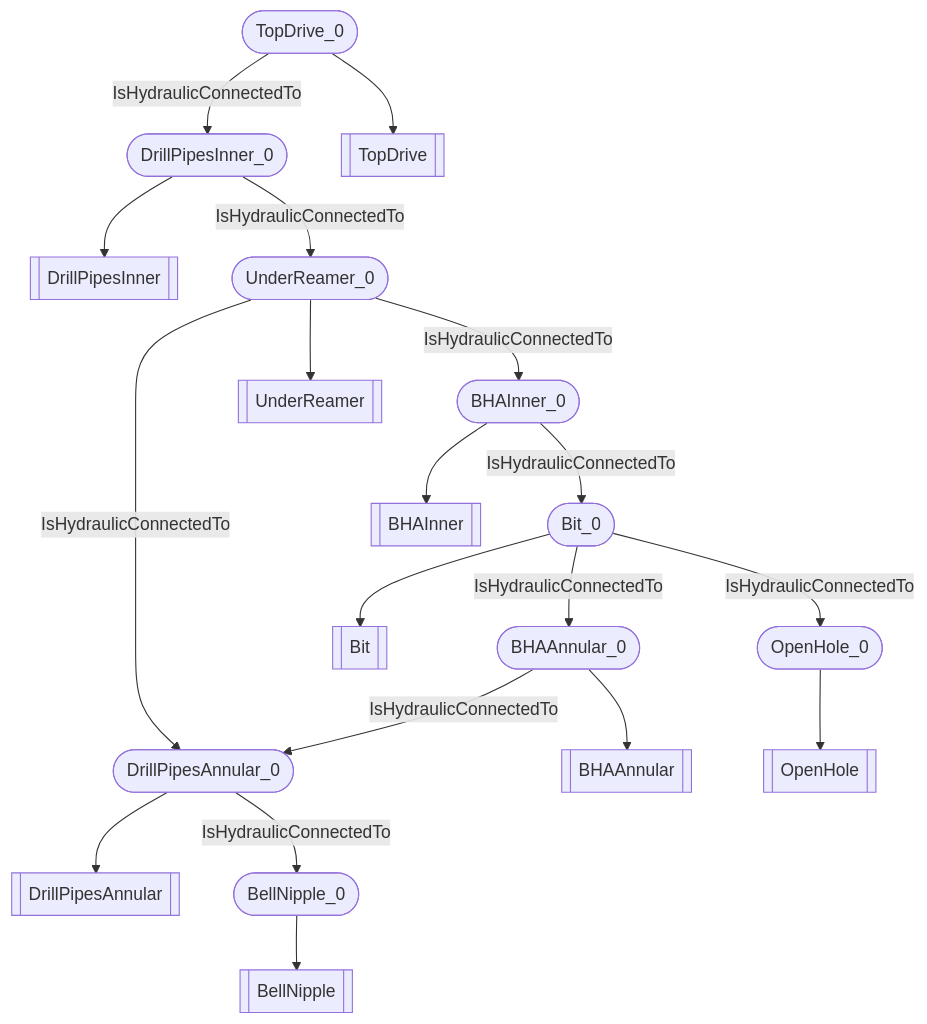
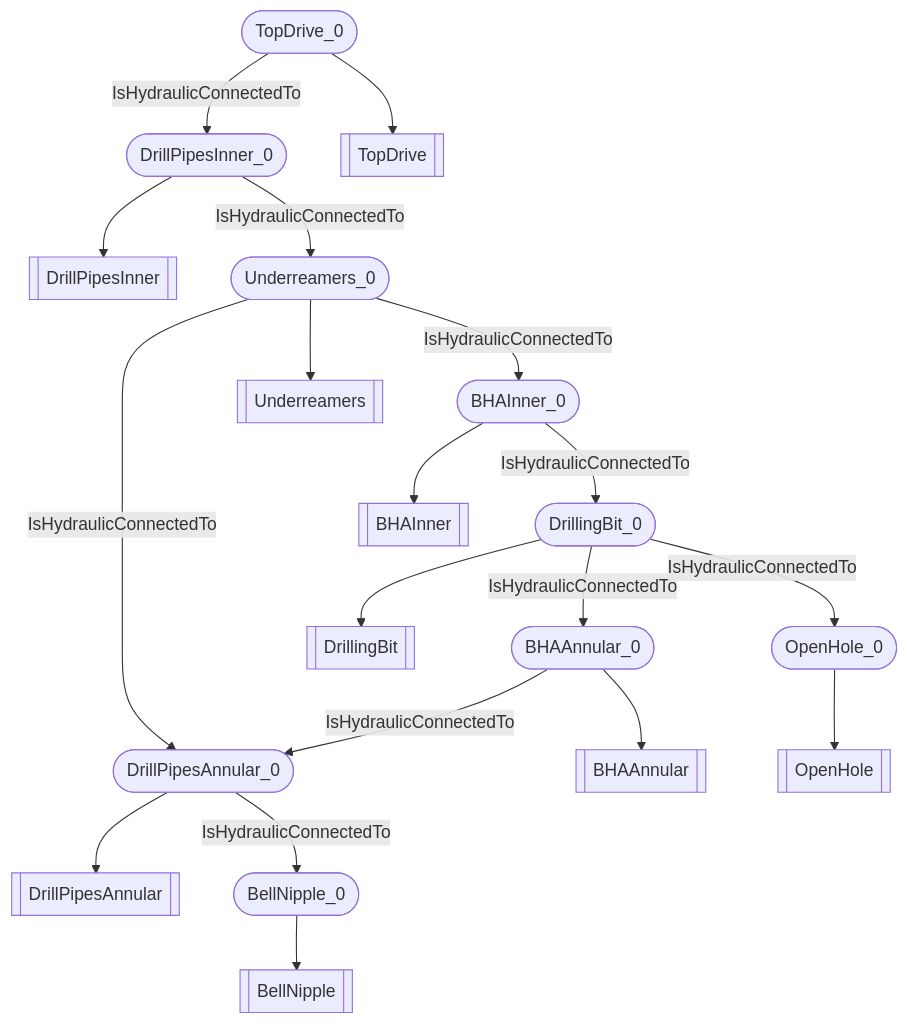
One commit to D-WIS/DDHub-Semantic-Interoperability changed the diagram in docs/vocabulary_development/examples/Sub surface hydraulic.md. Above: the diagram before and after it, drawn with Mermaid. The commit also changed other lines of this file and 28 other files, not shown here.

````diff
--- a/docs/vocabulary_development/examples/Sub surface hydraulic.md
+++ b/docs/vocabulary_development/examples/Sub surface hydraulic.md
@@ -20,21 +20,21 @@
 ```mermaid
 flowchart TD
 	DrillPipesAnnular_0([DrillPipesAnnular_0]) --> DrillPipesAnnular[[DrillPipesAnnular]]
 	BellNipple_0([BellNipple_0]) --> BellNipple[[BellNipple]]
 	BHAAnnular_0([BHAAnnular_0]) --> BHAAnnular[[BHAAnnular]]
-	Bit_0([Bit_0]) --> Bit[[Bit]]
+	DrillingBit_0([DrillingBit_0]) --> DrillingBit[[DrillingBit]]
 	OpenHole_0([OpenHole_0]) --> OpenHole[[OpenHole]]
 	BHAInner_0([BHAInner_0]) --> BHAInner[[BHAInner]]
 	DrillPipesInner_0([DrillPipesInner_0]) --> DrillPipesInner[[DrillPipesInner]]
-	UnderReamer_0([UnderReamer_0]) --> UnderReamer[[UnderReamer]]
+	Underreamers_0([Underreamers_0]) --> Underreamers[[Underreamers]]
 	TopDrive_0([TopDrive_0]) --> TopDrive[[TopDrive]]
 	 DrillPipesAnnular_0 -- IsHydraulicConnectedTo --> BellNipple_0 
 	 BHAAnnular_0 -- IsHydraulicConnectedTo --> DrillPipesAnnular_0 
-	 Bit_0 -- IsHydraulicConnectedTo --> BHAAnnular_0 
-	 Bit_0 -- IsHydraulicConnectedTo --> OpenHole_0 
-	 BHAInner_0 -- IsHydraulicConnectedTo --> Bit_0 
-	 DrillPipesInner_0 -- IsHydraulicConnectedTo --> UnderReamer_0 
+	 DrillingBit_0 -- IsHydraulicConnectedTo --> BHAAnnular_0 
+	 DrillingBit_0 -- IsHydraulicConnectedTo --> OpenHole_0 
+	 BHAInner_0 -- IsHydraulicConnectedTo --> DrillingBit_0 
+	 DrillPipesInner_0 -- IsHydraulicConnectedTo --> Underreamers_0 
 	 TopDrive_0 -- IsHydraulicConnectedTo --> DrillPipesInner_0 
-	 UnderReamer_0 -- IsHydraulicConnectedTo --> DrillPipesAnnular_0 
-	 UnderReamer_0 -- IsHydraulicConnectedTo --> BHAInner_0 
+	 Underreamers_0 -- IsHydraulicConnectedTo --> DrillPipesAnnular_0 
+	 Underreamers_0 -- IsHydraulicConnectedTo --> BHAInner_0 
 ```
````
